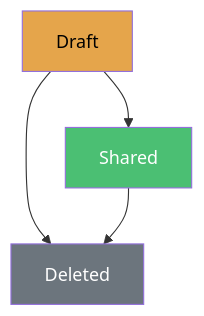
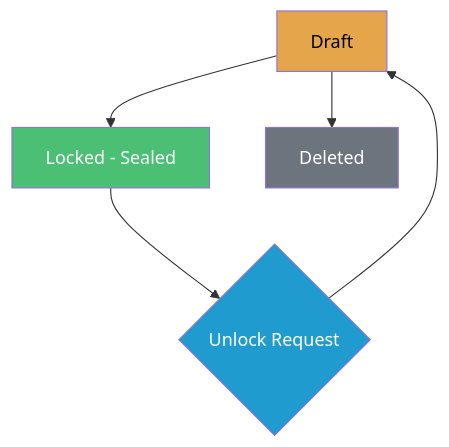
The fifth of 8 diagrams in docs/reference/workflows.md (hoc-stateeval/stateeval-help), drawn with Mermaid before and after one commit. The commit also changed other lines of this file, not shown here.

````diff
--- a/docs/reference/workflows.md
+++ b/docs/reference/workflows.md
@@ -235,10 +245,12 @@
 ```mermaid
 flowchart TD
-    A[Draft] --> B[Shared]
+    A[Draft] --> B[Locked - Sealed]
     A --> C[Deleted]
-    B --> C
+    B --> D{Unlock Request}
+    D --> A
 
     style A fill:#E5A54B,color:#000
     style B fill:#4BBF73,color:#fff
     style C fill:#6c757d,color:#fff
+    style D fill:#1F9BCF,color:#fff
 ```
````
